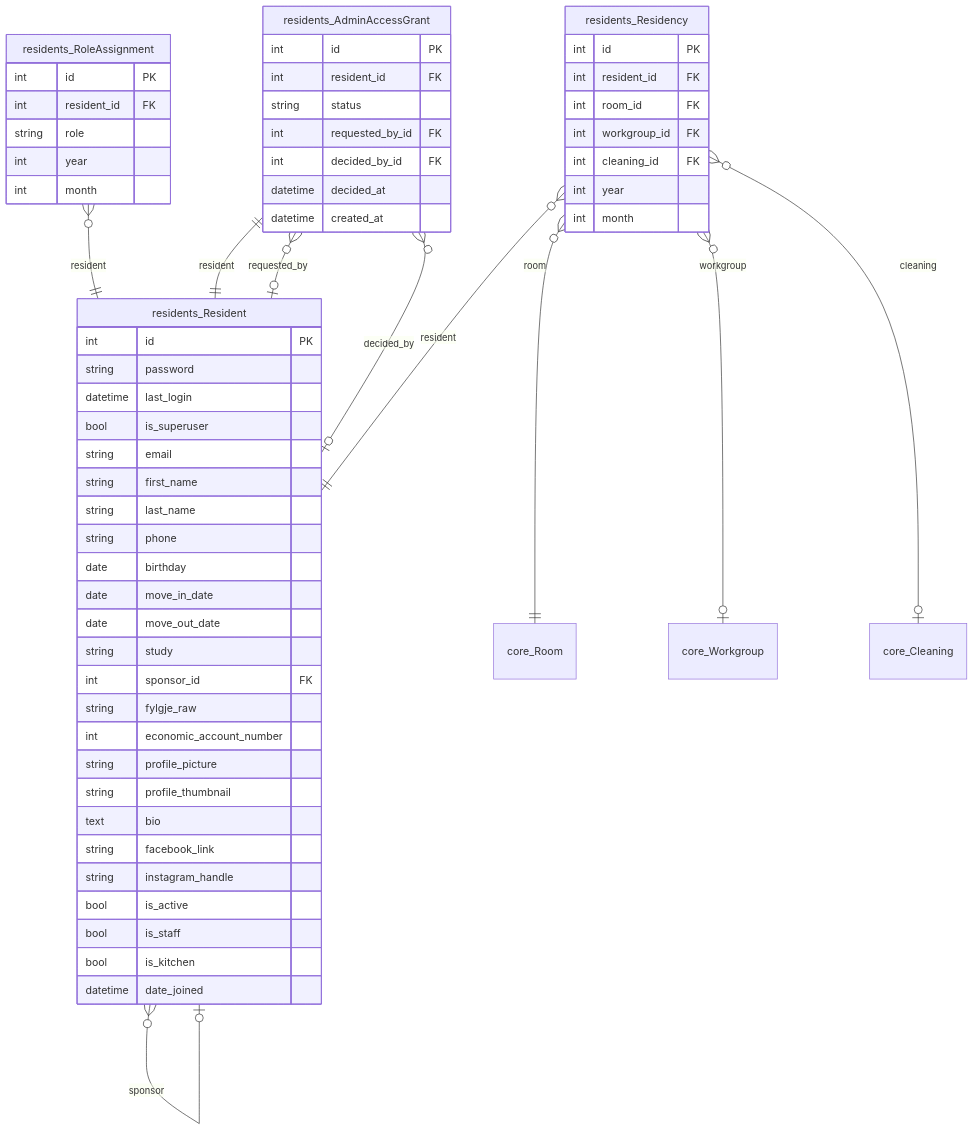
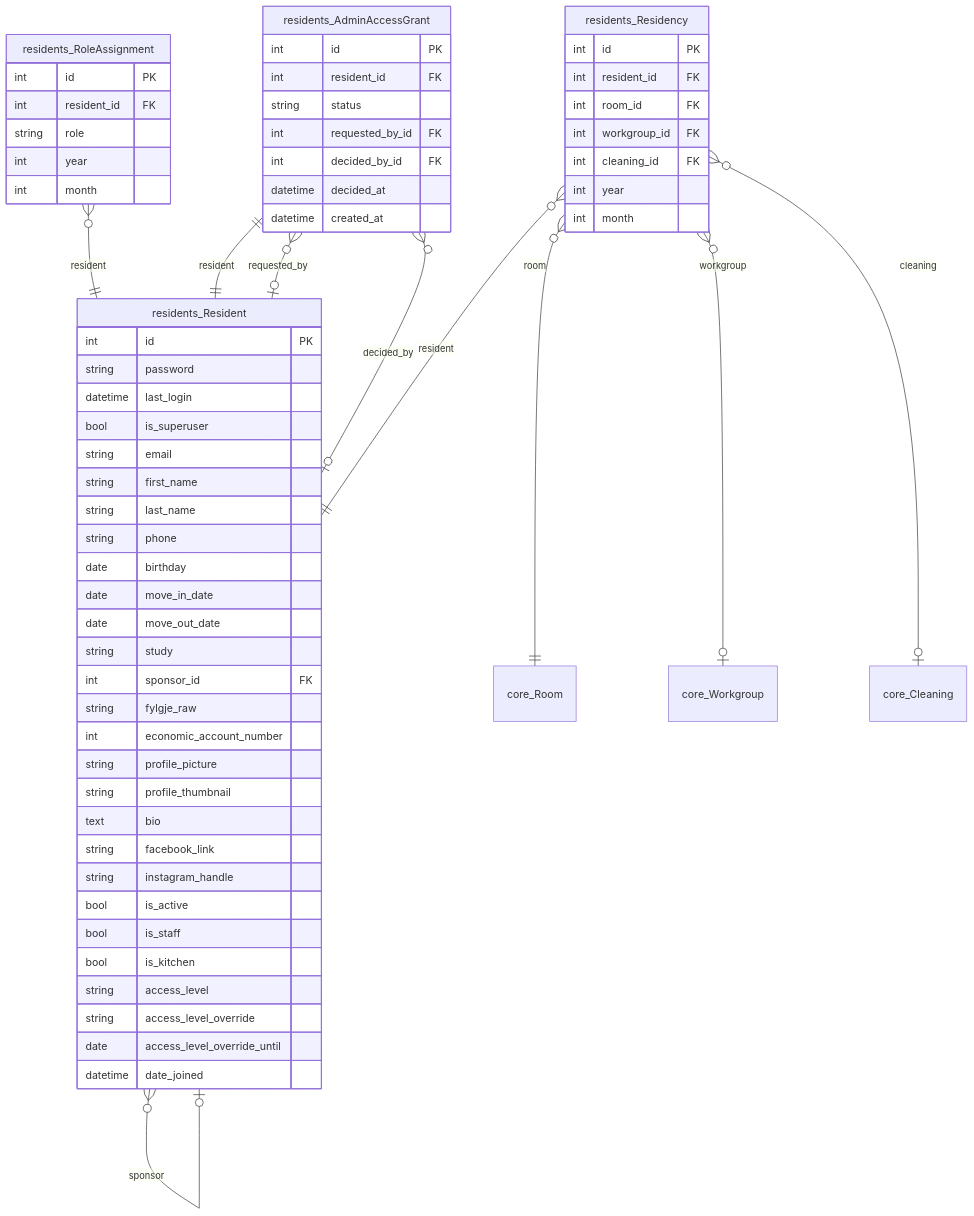
Before and after one commit to GAHK-org/gahk_intern: diagram 16 of 18 in docs/erd.md, drawn with Mermaid. The commit also changed other lines of this file and 47 other files, not shown here.

First line of the commit message:
Access levels: their own app, stored on the account, with an override

````diff
--- a/docs/erd.md
+++ b/docs/erd.md
@@ -2247,73 +2250,76 @@
 ```mermaid
 erDiagram
     residents_Resident {
         int id PK
         string password
         datetime last_login
         bool is_superuser
         string email
         string first_name
         string last_name
         string phone
         date birthday
         date move_in_date
         date move_out_date
         string study
         int sponsor_id FK
         string fylgje_raw
         int economic_account_number
         string profile_picture
         string profile_thumbnail
         text bio
         string facebook_link
         string instagram_handle
         bool is_active
         bool is_staff
         bool is_kitchen
+        string access_level
+        string access_level_override
+        date access_level_override_until
         datetime date_joined
     }
 
     residents_Residency {
         int id PK
         int resident_id FK
         int room_id FK
         int workgroup_id FK
         int cleaning_id FK
         int year
         int month
     }
 
     residents_RoleAssignment {
         int id PK
         int resident_id FK
         string role
         int year
         int month
     }
 
     residents_AdminAccessGrant {
         int id PK
         int resident_id FK
         string status
         int requested_by_id FK
         int decided_by_id FK
         datetime decided_at
         datetime created_at
     }
 
     core_Cleaning { }
 
     core_Room { }
 
     core_Workgroup { }
 
     residents_Resident }o--|o residents_Resident : "sponsor"
     residents_Residency }o--|| residents_Resident : "resident"
     residents_Residency }o--|| core_Room : "room"
     residents_Residency }o--|o core_Workgroup : "workgroup"
     residents_Residency }o--|o core_Cleaning : "cleaning"
     residents_RoleAssignment }o--|| residents_Resident : "resident"
     residents_AdminAccessGrant ||--|| residents_Resident : "resident"
     residents_AdminAccessGrant }o--|o residents_Resident : "requested_by"
     residents_AdminAccessGrant }o--|o residents_Resident : "decided_by"
 ```
````
